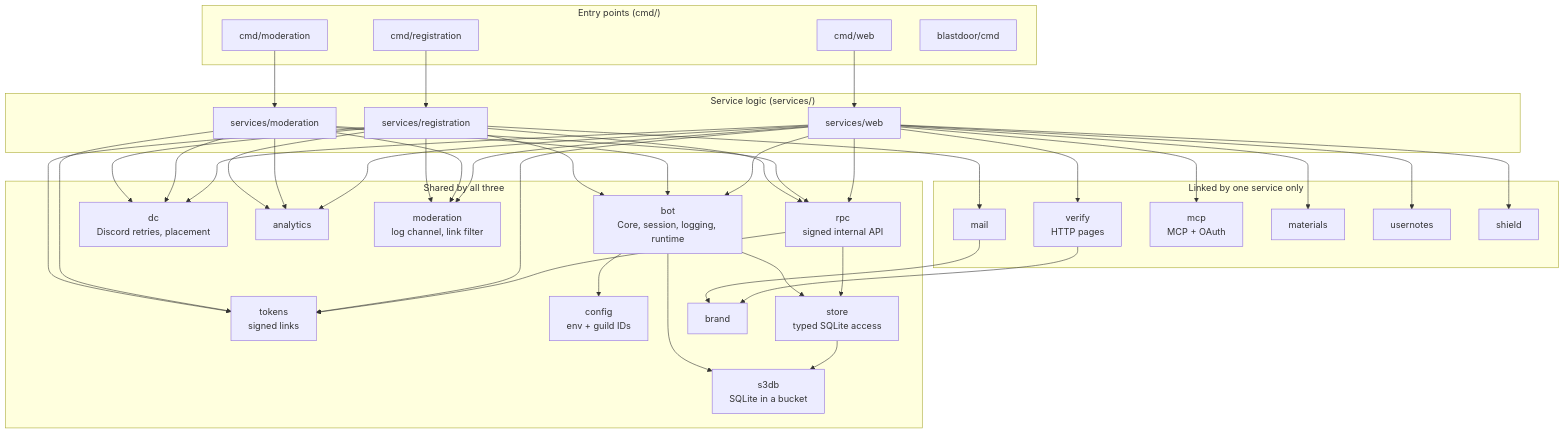
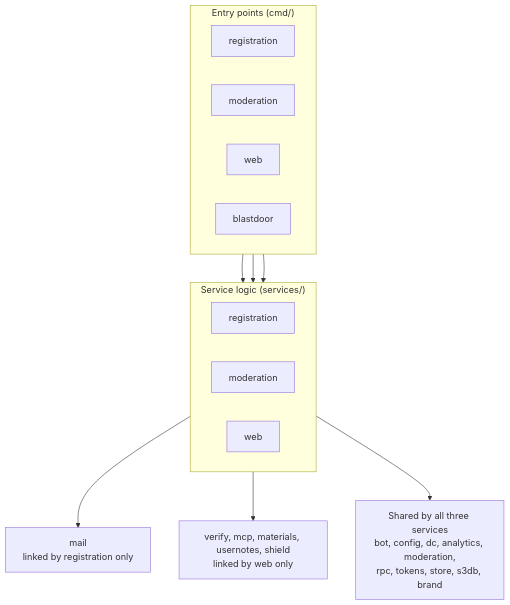
Before and after one commit to donfn/steki-discord-bot: the second of 11 diagrams in docs/ARCHITECTURE.md, drawn with Mermaid. The commit also changed other lines of this file and 237 other files, not shown here.

First line of the commit message:
Move shared packages to internal/, simplify READMEs, add docker compose

````diff
--- a/docs/ARCHITECTURE.md
+++ b/docs/ARCHITECTURE.md
@@ -108,50 +89,28 @@
 ```mermaid
 flowchart TB
     subgraph cmds["Entry points (cmd/)"]
-        cR[cmd/registration]
-        cM[cmd/moderation]
-        cW[cmd/web]
-        cB[blastdoor/cmd]
+        direction LR
+        cR[registration]
+        cM[moderation]
+        cW[web]
+        cB[blastdoor]
     end
 
     subgraph svcs["Service logic (services/)"]
-        sR[services/registration]
-        sM[services/moderation]
-        sW[services/web]
+        direction LR
+        sR[registration]
+        sM[moderation]
+        sW[web]
     end
 
-    subgraph only["Linked by one service only"]
-        mail[mail]
-        verify["verify<br/>HTTP pages"]
-        mcp["mcp<br/>MCP + OAuth"]
-        materials[materials]
-        usernotes[usernotes]
-        shield[shield]
-    end
-
-    subgraph shared["Shared by all three"]
-        bot["bot<br/>Core, session, logging, runtime"]
-        rpc["rpc<br/>signed internal API"]
-        tokens["tokens<br/>signed links"]
-        config["config<br/>env + guild IDs"]
-        dc["dc<br/>Discord retries, placement"]
-        store["store<br/>typed SQLite access"]
-        s3db["s3db<br/>SQLite in a bucket"]
-        analytics[analytics]
-        brand[brand]
-        modpkg["moderation<br/>log channel, link filter"]
-    end
+    mail["mail<br/>linked by registration only"]
+    webpk["verify, mcp, materials, usernotes, shield<br/>linked by web only"]
+    shared["Shared by all three services<br/>bot, config, dc, analytics, moderation,<br/>rpc, tokens, store, s3db, brand"]
 
     cR --> sR
     cM --> sM
     cW --> sW
     sR --> mail
-    sW --> verify & mcp & materials & usernotes & shield
-
-    sR & sM & sW --> bot
-    bot --> config & store & s3db
-    sR & sM & sW --> rpc & tokens & dc & analytics & modpkg
-    rpc --> tokens & store
-    store --> s3db
-    mail & verify --> brand
+    sW --> webpk
+    svcs --> shared
 ```
````
